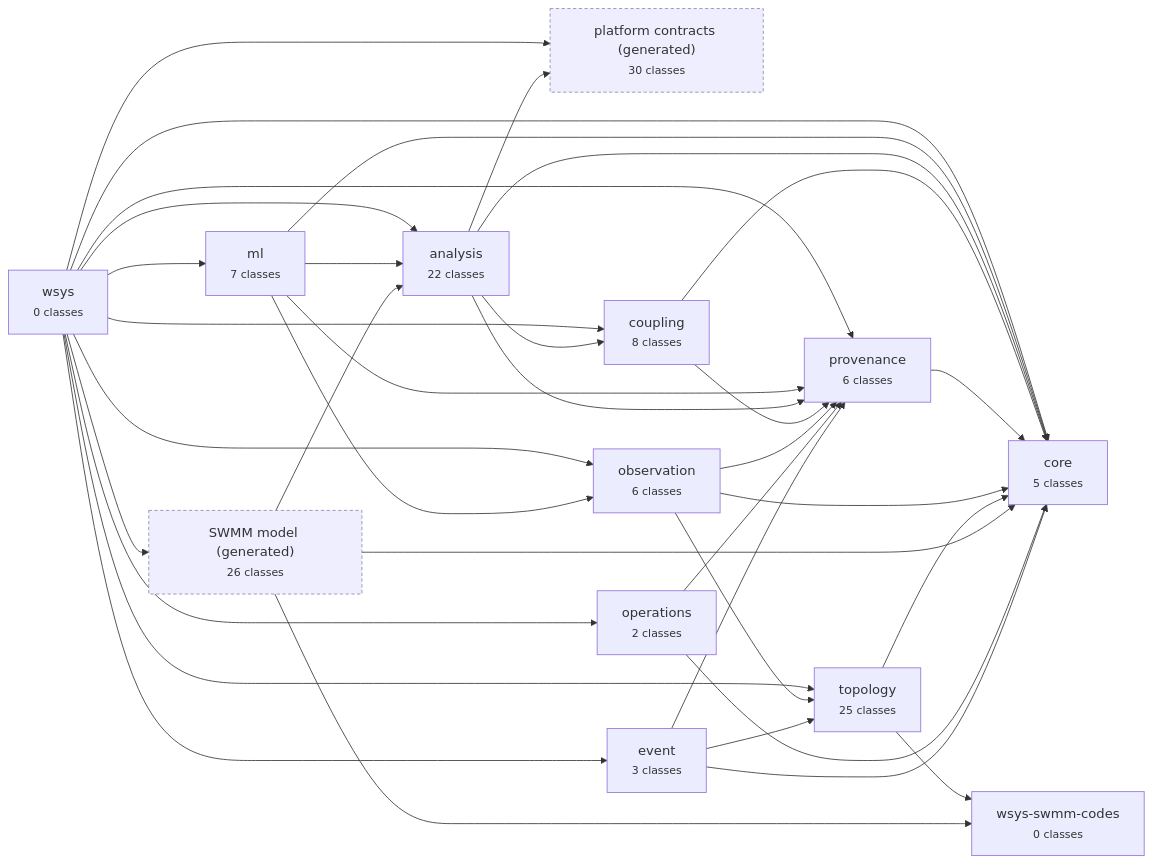
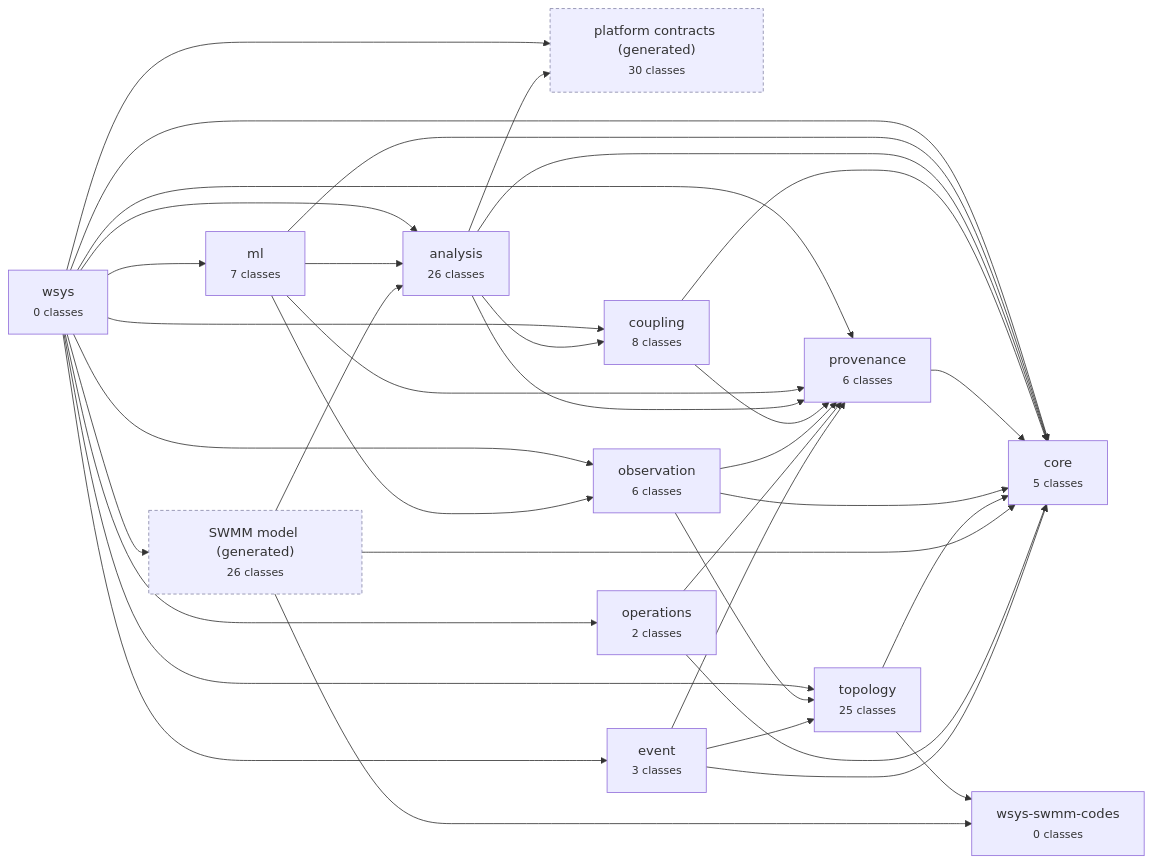
Before and after one commit to HydroCouple/water-ontology: the diagram in docs/diagrams/modules.md, drawn with Mermaid. The commit also changed 20 other files, not shown here.

````diff
--- a/docs/diagrams/modules.md
+++ b/docs/diagrams/modules.md
@@ -5,52 +5,52 @@
 ```mermaid
 flowchart LR
   wsys["wsys<br/><small>0 classes</small>"]
   wsys_ml["ml<br/><small>7 classes</small>"]
-  wsys_analysis["analysis<br/><small>22 classes</small>"]
+  wsys_analysis["analysis<br/><small>26 classes</small>"]
   wsys_analysis_platform["platform contracts (generated)<br/><small>30 classes</small>"]:::gen
   wsys_coupling["coupling<br/><small>8 classes</small>"]
   wsys_provenance["provenance<br/><small>6 classes</small>"]
   wsys_core["core<br/><small>5 classes</small>"]
   wsys_observation["observation<br/><small>6 classes</small>"]
   wsys_topology["topology<br/><small>25 classes</small>"]
   wsys_swmm_codes["wsys-swmm-codes<br/><small>0 classes</small>"]
   wsys_model["SWMM model (generated)<br/><small>26 classes</small>"]:::gen
   wsys_operations["operations<br/><small>2 classes</small>"]
   wsys_event["event<br/><small>3 classes</small>"]
   wsys --> wsys_core
   wsys --> wsys_provenance
   wsys --> wsys_topology
   wsys --> wsys_observation
   wsys --> wsys_event
   wsys --> wsys_operations
   wsys --> wsys_coupling
   wsys --> wsys_analysis_platform
   wsys --> wsys_analysis
   wsys --> wsys_model
   wsys --> wsys_ml
   wsys_ml --> wsys_core
   wsys_ml --> wsys_provenance
   wsys_ml --> wsys_observation
   wsys_ml --> wsys_analysis
   wsys_analysis --> wsys_core
   wsys_analysis --> wsys_provenance
   wsys_analysis --> wsys_coupling
   wsys_analysis --> wsys_analysis_platform
   wsys_coupling --> wsys_core
   wsys_coupling --> wsys_provenance
   wsys_provenance --> wsys_core
   wsys_observation --> wsys_core
   wsys_observation --> wsys_provenance
   wsys_observation --> wsys_topology
   wsys_topology --> wsys_core
   wsys_topology --> wsys_swmm_codes
   wsys_model --> wsys_core
   wsys_model --> wsys_analysis
   wsys_model --> wsys_swmm_codes
   wsys_operations --> wsys_core
   wsys_operations --> wsys_provenance
   wsys_event --> wsys_core
   wsys_event --> wsys_provenance
   wsys_event --> wsys_topology
   classDef gen fill:#eef,stroke:#88a,stroke-dasharray: 4 3;
 ```
````
